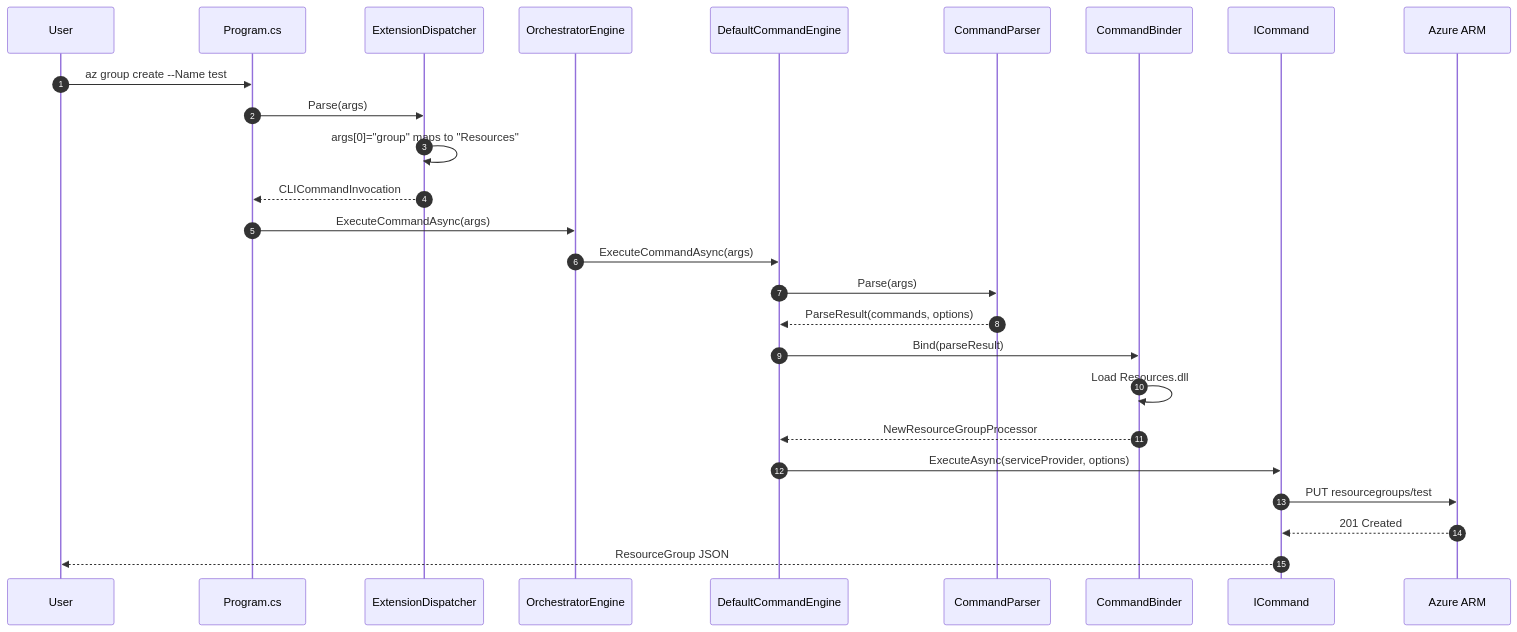
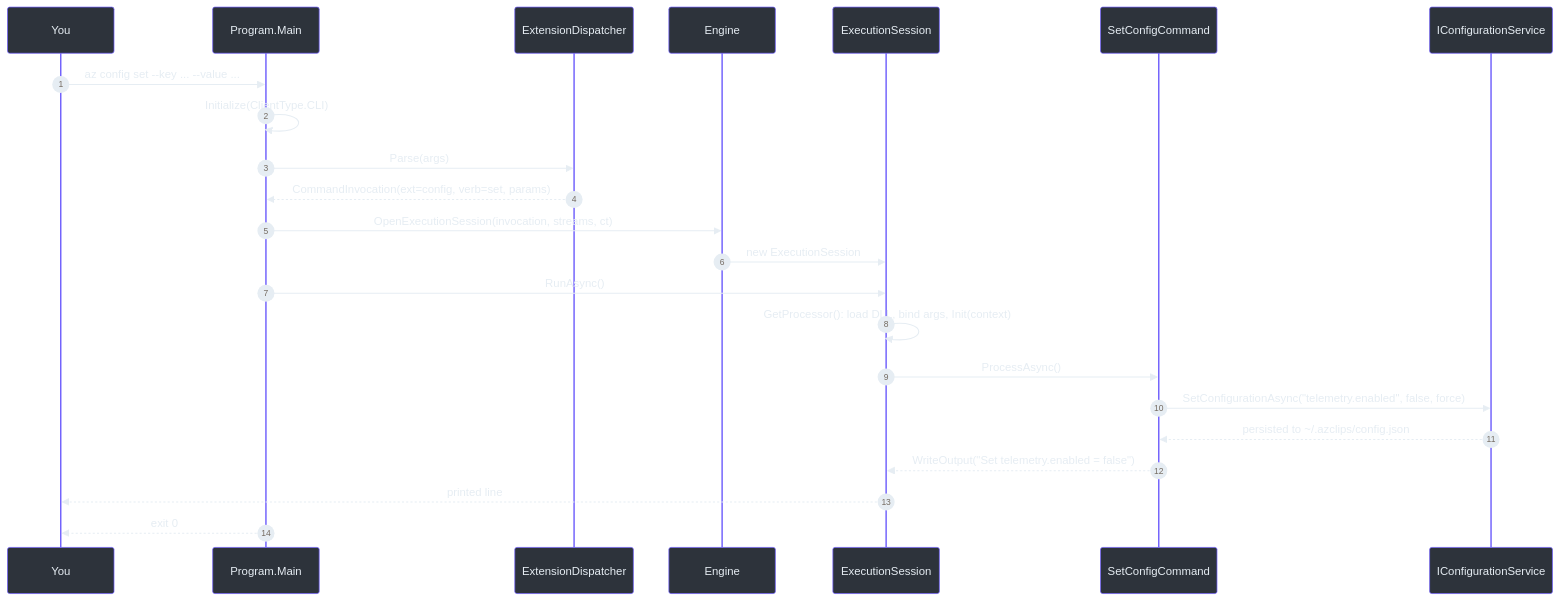
Before and after one commit to Azure/azclips: the second of 5 diagrams in wiki/zero-to-hero-guide.md, drawn with Mermaid. The commit also changed other lines of this file and 19 other files, not shown here.

````diff
--- a/wiki/zero-to-hero-guide.md
+++ b/wiki/zero-to-hero-guide.md
@@ -418,29 +389,26 @@
 ```mermaid
+%%{init: {'theme':'base','themeVariables':{'primaryColor':'#2d333b','primaryBorderColor':'#6d5dfc','primaryTextColor':'#e6edf3','lineColor':'#8b949e','clusterBkg':'#161b22','clusterBorder':'#30363d','fontFamily':'monospace'}}}%%
 sequenceDiagram
     autonumber
-    participant User
-    participant Program as Program.cs
-    participant ED as ExtensionDispatcher
-    participant OE as OrchestratorEngine
-    participant DE as DefaultCommandEngine
-    participant CP as CommandParser
-    participant CB as CommandBinder
-    participant Cmd as ICommand
-    participant Azure as Azure ARM
-
-    User->>Program: az group create --Name test
-    Program->>ED: Parse(args)
-    ED->>ED: args[0]="group" maps to "Resources"
-    ED-->>Program: CLICommandInvocation
-    Program->>OE: ExecuteCommandAsync(args)
-    OE->>DE: ExecuteCommandAsync(args)
-    DE->>CP: Parse(args)
-    CP-->>DE: ParseResult(commands, options)
-    DE->>CB: Bind(parseResult)
-    CB->>CB: Load Resources.dll
-    CB-->>DE: NewResourceGroupProcessor
-    DE->>Cmd: ExecuteAsync(serviceProvider, options)
-    Cmd->>Azure: PUT resourcegroups/test
-    Azure-->>Cmd: 201 Created
-    Cmd-->>User: ResourceGroup JSON
+    participant U as You
+    participant P as Program.Main
+    participant D as ExtensionDispatcher
+    participant E as Engine
+    participant S as ExecutionSession
+    participant C as SetConfigCommand
+    participant CS as IConfigurationService
+    U->>P: az config set --key ... --value ...
+    P->>P: Initialize(ClientType.CLI)
+    P->>D: Parse(args)
+    D-->>P: CommandInvocation(ext=config, verb=set, params)
+    P->>E: OpenExecutionSession(invocation, streams, ct)
+    E->>S: new ExecutionSession
+    P->>S: RunAsync()
+    S->>S: GetProcessor(): load DLL, bind args, Init(context)
+    S->>C: ProcessAsync()
+    C->>CS: SetConfigurationAsync("telemetry.enabled", false, force)
+    CS-->>C: persisted to ~/.azclips/config.json
+    C-->>S: WriteOutput("Set telemetry.enabled = false")
+    S-->>U: printed line
+    P-->>U: exit 0
 ```
````
